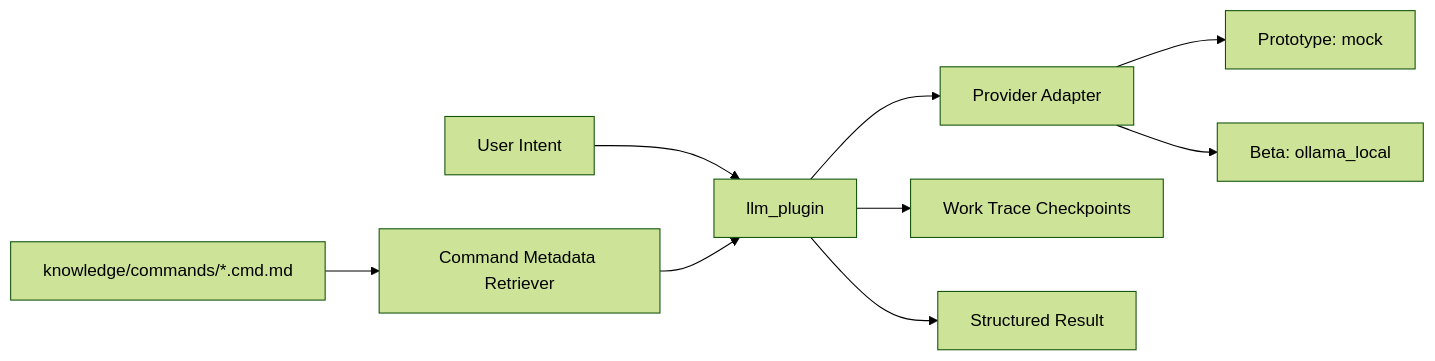
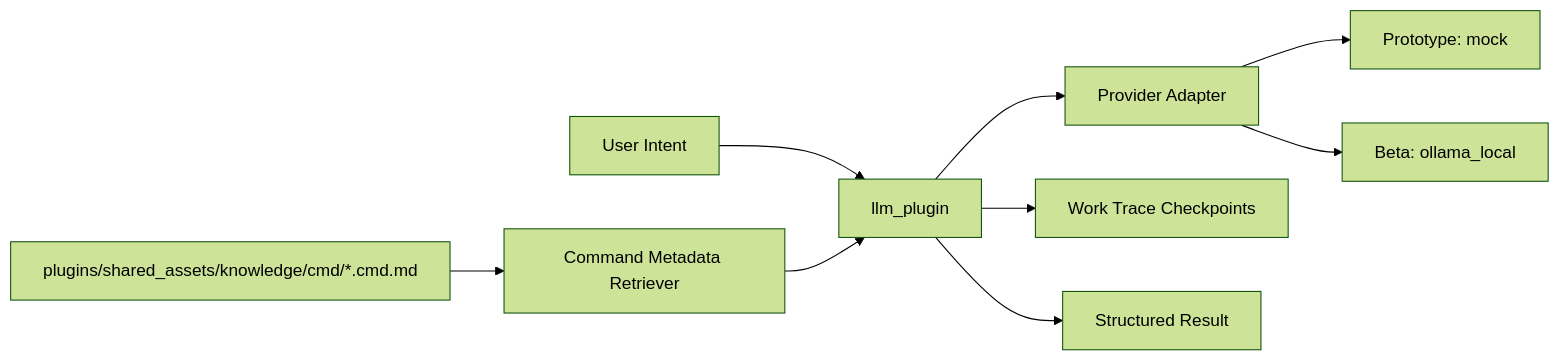
One commit to gnznovus/project-aurora changed the diagram in docs/llm_concept.md. Above: the diagram before and after it, drawn with Mermaid (forest theme). The commit also changed other lines of this file and 10 other files, not shown here.

Commit message:
Move shared LLM knowledge into shared_assets

````diff
--- a/docs/llm_concept.md
+++ b/docs/llm_concept.md
@@ -36,11 +37,11 @@
 ```mermaid
 flowchart LR
   UserIntent[User Intent] --> LLMPlugin[llm_plugin]
-  CommandDocs[knowledge/commands/*.cmd.md] --> Retriever[Command Metadata Retriever]
+  CommandDocs[plugins/shared_assets/knowledge/cmd/*.cmd.md] --> Retriever[Command Metadata Retriever]
   Retriever --> LLMPlugin
   LLMPlugin --> Provider[Provider Adapter]
   Provider --> Mock[Prototype: mock]
   Provider --> Ollama[Beta: ollama_local]
   LLMPlugin --> WorkTrace[Work Trace Checkpoints]
   LLMPlugin --> StructuredResult[Structured Result]
 ```
````
